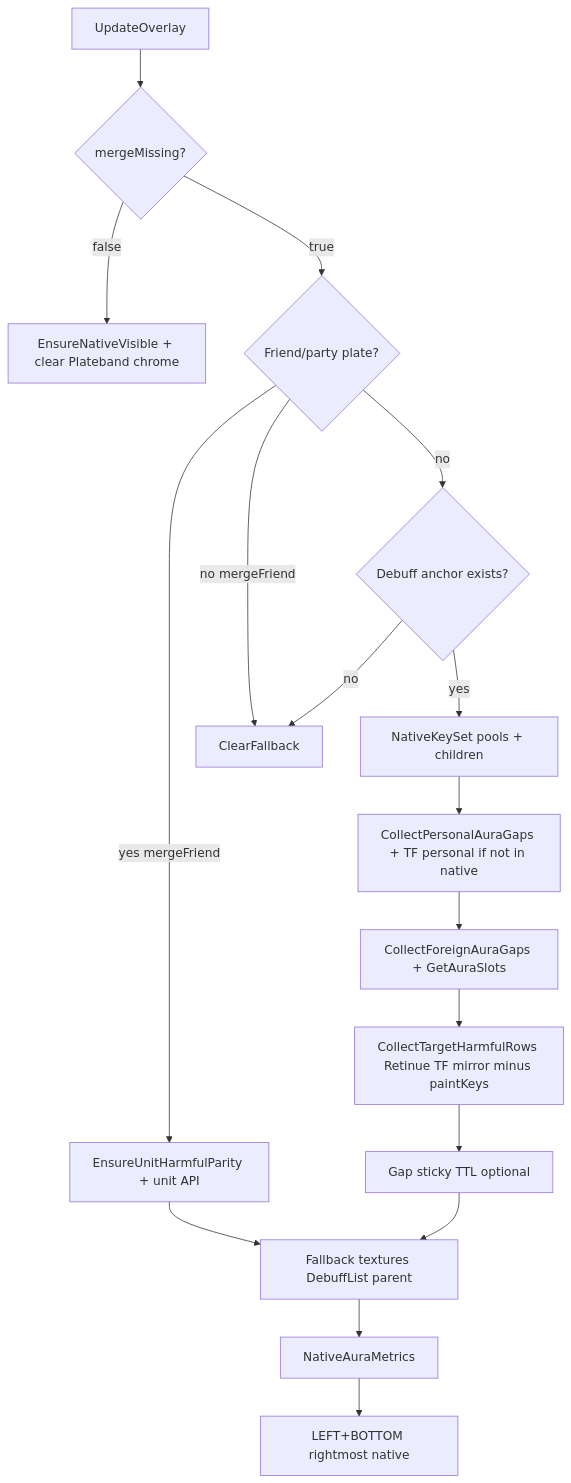
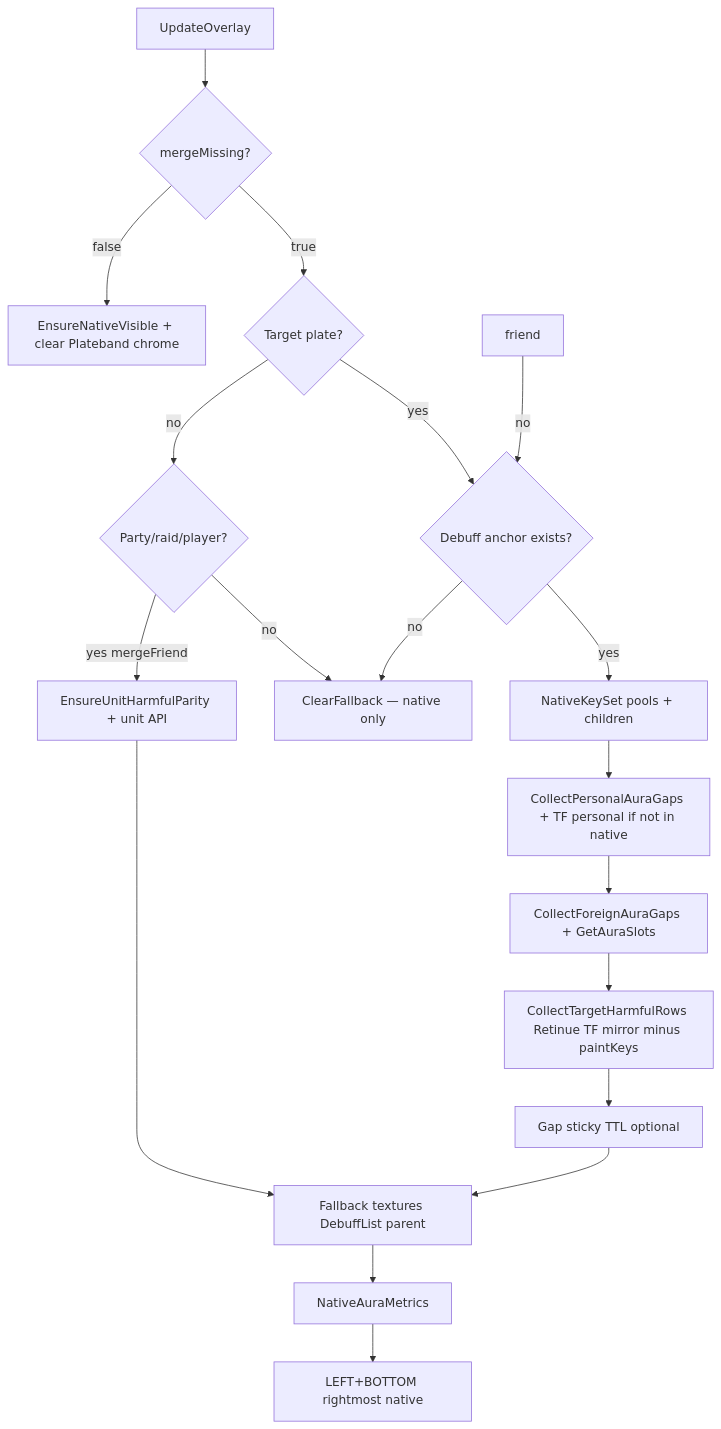
One commit to sirTurbisCZ/wow-forever-addons changed the diagram in addons/Plateband/Docs/merge-design.md. Above: the diagram before and after it, drawn with Mermaid. The commit also changed other lines of this file and 5 other files, not shown here.

First line of the commit message:
fix(Plateband): throttle paint scope to target + party (0.2.30)

````diff
--- a/addons/Plateband/Docs/merge-design.md
+++ b/addons/Plateband/Docs/merge-design.md
@@ -22,19 +22,21 @@
 ```mermaid
 flowchart TD
   tick[UpdateOverlay] --> gate{mergeMissing?}
   gate -->|false| nativeOnly[EnsureNativeVisible + clear Plateband chrome]
-  gate -->|true| friend{Friend/party plate?}
-  friend -->|yes mergeFriend| unitParity[EnsureUnitHarmfulParity + unit API]
-  friend -->|no mergeFriend| skip[ClearFallback]
+  gate -->|true| tgt{Target plate?}
+  tgt -->|yes| row
+  tgt -->|no| party{Party/raid/player?}
+  party -->|yes mergeFriend| unitParity[EnsureUnitHarmfulParity + unit API]
+  party -->|no| skip[ClearFallback — native only]
   unitParity --> paint
   friend -->|no| row{Debuff anchor exists?}
   row -->|no| skip
   row -->|yes| native[NativeKeySet pools + children]
   native --> per[CollectPersonalAuraGaps + TF personal if not in native]
   per --> api[CollectForeignAuraGaps + GetAuraSlots]
   api --> tf[CollectTargetHarmfulRows Retinue TF mirror minus paintKeys]
   tf --> sticky[Gap sticky TTL optional]
   sticky --> paint[Fallback textures DebuffList parent]
   paint --> metrics[NativeAuraMetrics]
   metrics --> layout[LEFT+BOTTOM rightmost native]
 ```
````
